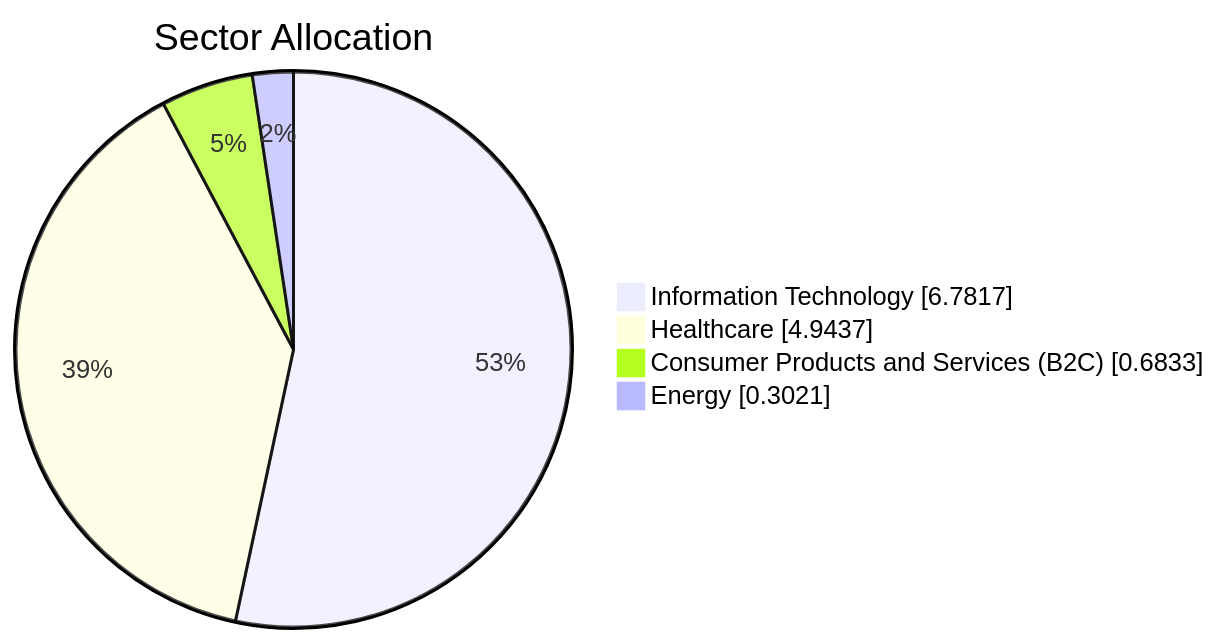
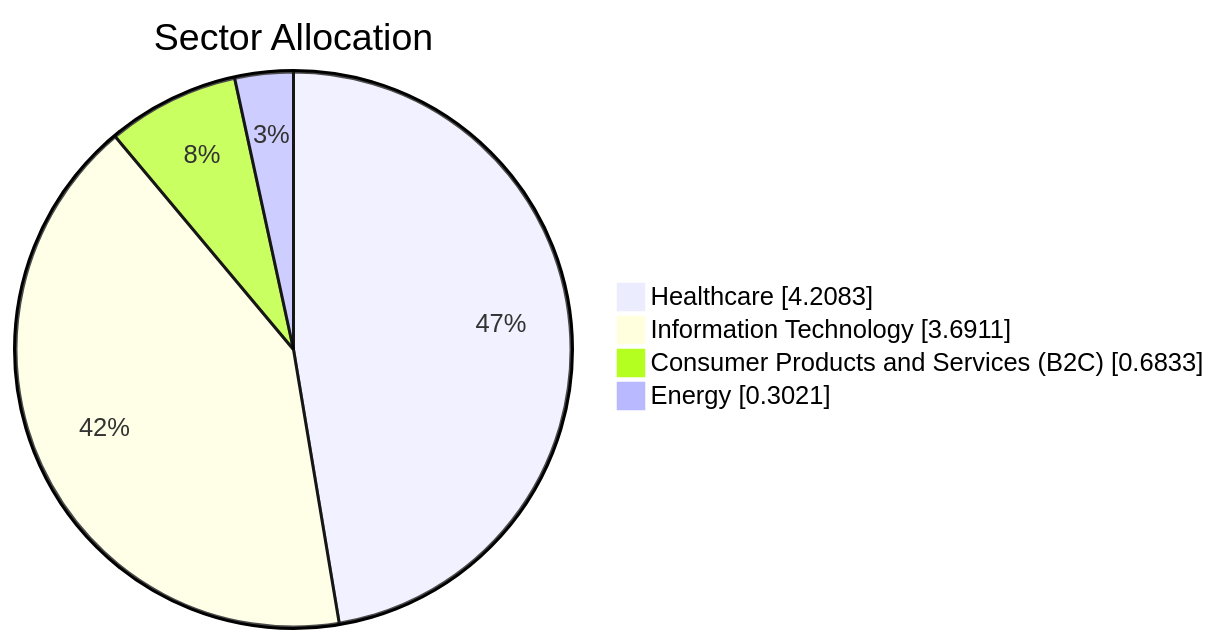
One commit to Liangxiao-LI/Quant_projects changed the first of 3 diagrams in VCAnalysis/MEIF_Dashboard/README_brief.md. Above: the diagram before and after it, drawn with Mermaid. The commit also changed other lines of this file and 3 other files, not shown here.

````diff
--- a/VCAnalysis/MEIF_Dashboard/README_brief.md
+++ b/VCAnalysis/MEIF_Dashboard/README_brief.md
@@ -36,8 +38,8 @@
 ```mermaid
 pie showData
     title Sector Allocation
-    "Information Technology" : 6.7817
-    "Healthcare" : 4.9437
+    "Healthcare" : 4.2083
+    "Information Technology" : 3.6911
     "Consumer Products and Services (B2C)" : 0.6833
     "Energy" : 0.3021
 ```
````
